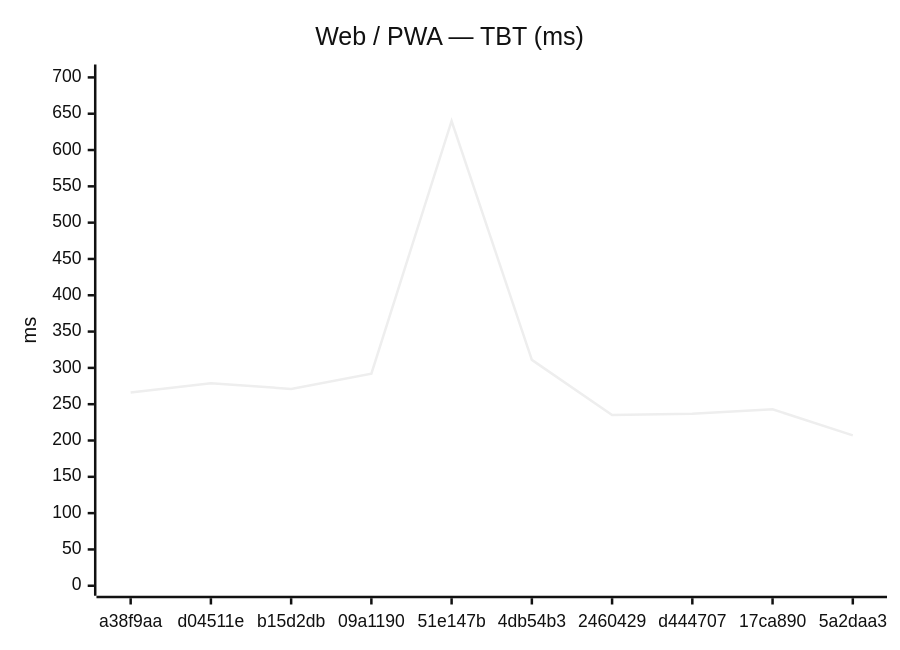
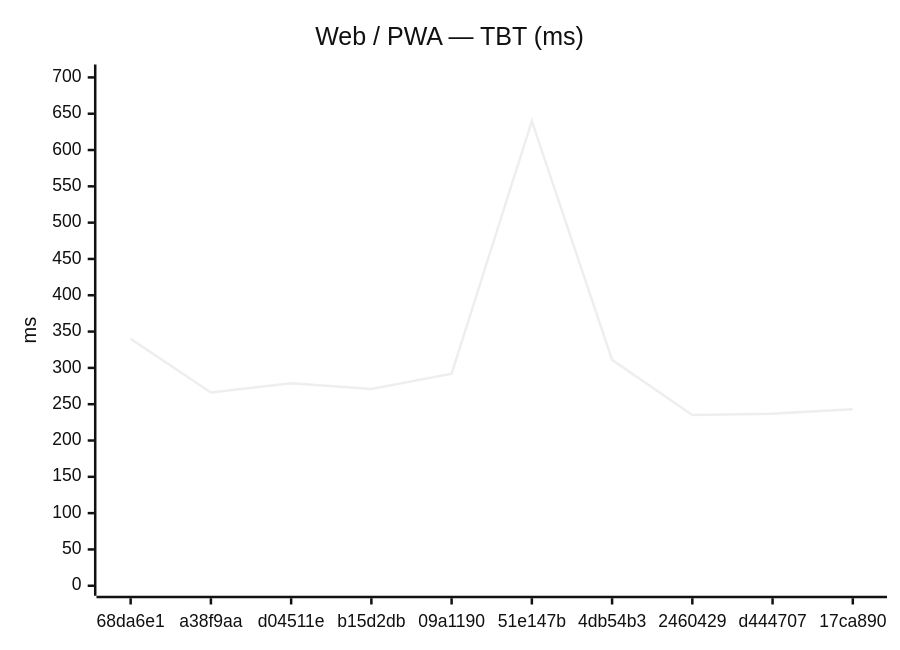
Before and after one commit to Metaheurist/Rianell: the second of 18 diagrams in benchmarks/compare.md, drawn with Mermaid (neutral theme). The commit also changed other lines of this file and 11 other files, not shown here.

````diff
--- a/benchmarks/compare.md
+++ b/benchmarks/compare.md
@@ -31,7 +31,7 @@
 ```mermaid
 xychart-beta
     title "Web / PWA — TBT (ms)"
-    x-axis ["a38f9aa", "d04511e", "b15d2db", "09a1190", "51e147b", "4db54b3", "2460429", "d444707", "17ca890", "5a2daa3"]
+    x-axis ["68da6e1", "a38f9aa", "d04511e", "b15d2db", "09a1190", "51e147b", "4db54b3", "2460429", "d444707", "17ca890"]
     y-axis "ms" 0 --> 704
-    line [266, 279, 271, 292, 640, 311, 235, 237, 243, 207]
+    line [340, 266, 279, 271, 292, 640, 311, 235, 237, 243]
 ```
````
